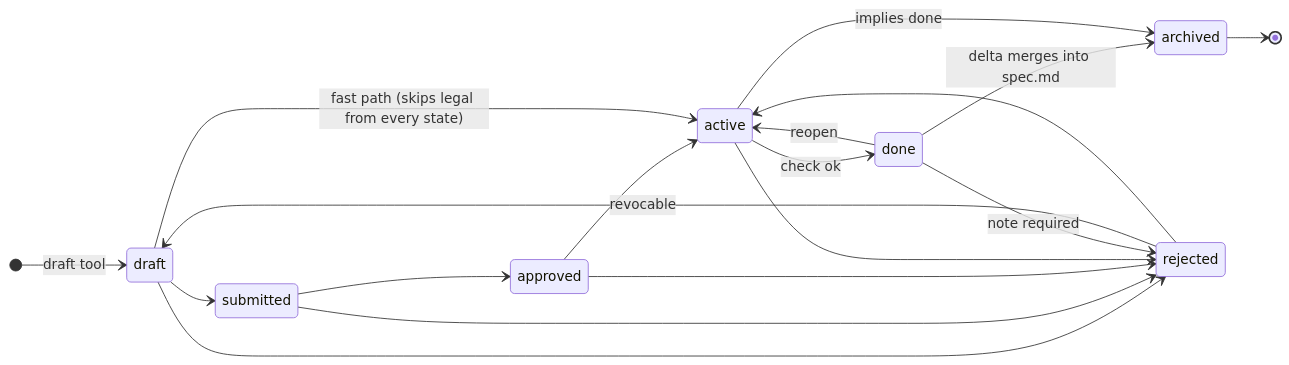
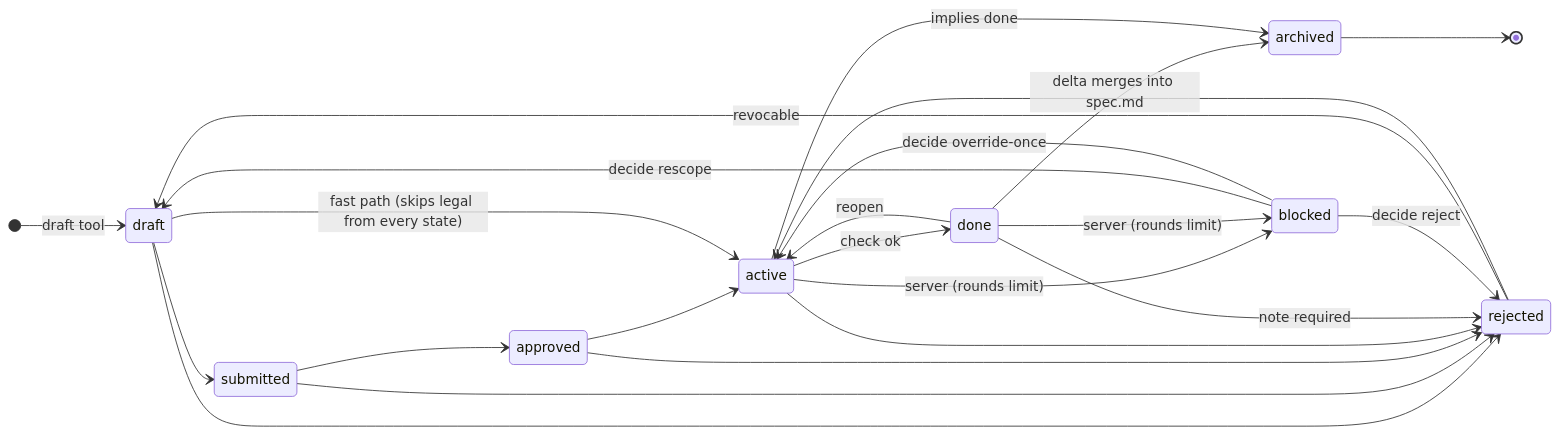
Before and after one commit to jxsl13/spectackle: the diagram in README.md, drawn with Mermaid. The commit also changed other lines of this file and 7 other files, not shown here.

````diff
--- a/README.md
+++ b/README.md
@@ -48,21 +51,26 @@
 ```mermaid
 stateDiagram-v2
     direction LR
     [*] --> draft: draft tool
     draft --> submitted
     submitted --> approved
     approved --> active
     active --> done: check ok
     done --> archived: delta merges into spec.md
     done --> active: reopen
     draft --> active: fast path (skips legal from every state)
     active --> archived: implies done
     draft --> rejected
     submitted --> rejected
     approved --> rejected
     active --> rejected
     done --> rejected: note required
     rejected --> draft: revocable
     rejected --> active
+    active --> blocked: server (rounds limit)
+    done --> blocked: server (rounds limit)
+    blocked --> draft: decide rescope
+    blocked --> rejected: decide reject
+    blocked --> active: decide override-once
     archived --> [*]
 ```
````
